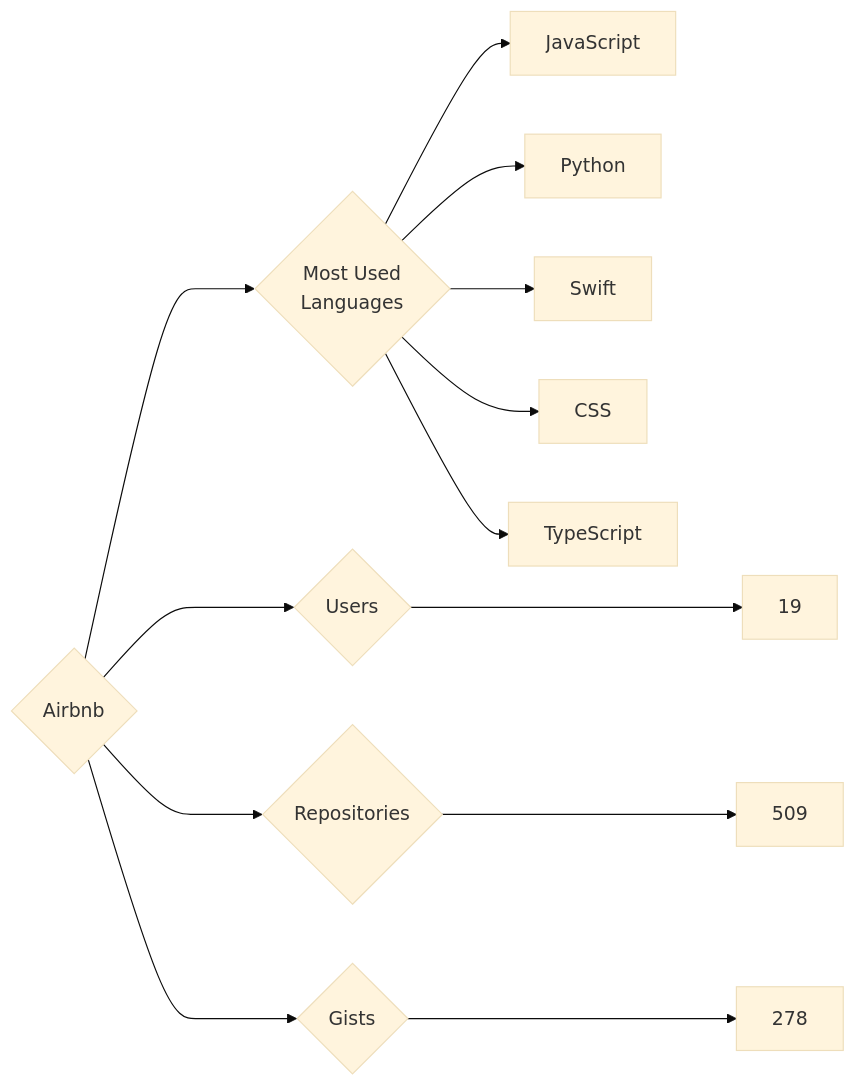
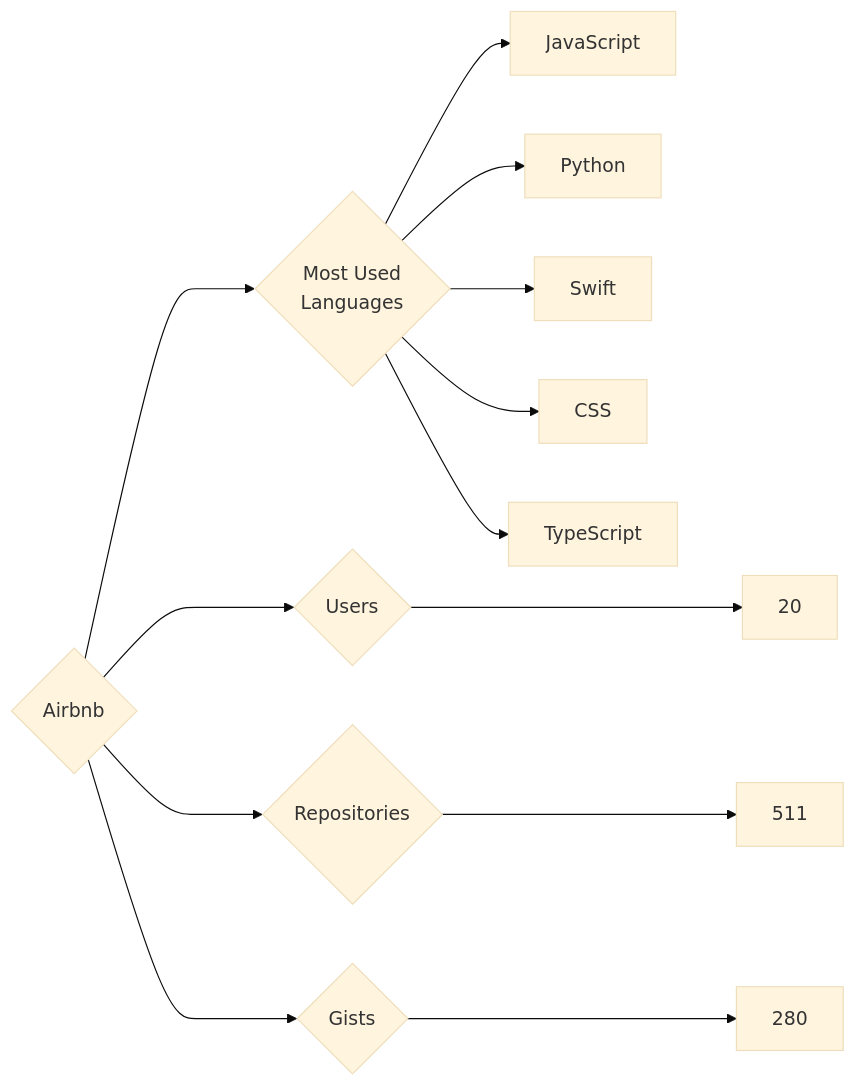
One commit to trickest/insiders changed the diagram in targets/Airbnb/README.md. Above: the diagram before and after it, drawn with Mermaid (base theme). The commit also changed 752 other files, not shown here.

````diff
--- a/targets/Airbnb/README.md
+++ b/targets/Airbnb/README.md
@@ -3,13 +3,13 @@
 ```mermaid
 graph LR
 COMPANY_NAME{Airbnb}
-COMPANY_NAME ---> U{Users} ---> UN[19]
-COMPANY_NAME ---> R{Repositories} ---> RN[509]
-COMPANY_NAME ---> G{Gists} ---> GN[278]
+COMPANY_NAME ---> U{Users} ---> UN[20]
+COMPANY_NAME ---> R{Repositories} ---> RN[511]
+COMPANY_NAME ---> G{Gists} ---> GN[280]
 COMPANY_NAME ---> ML{Most Used<br>Languages}
 ML --> JavaScript[JavaScript]
 ML --> Python[Python]
 ML --> Swift[Swift]
 ML --> CSS[CSS]
 ML --> TypeScript[TypeScript]
 ```
````
